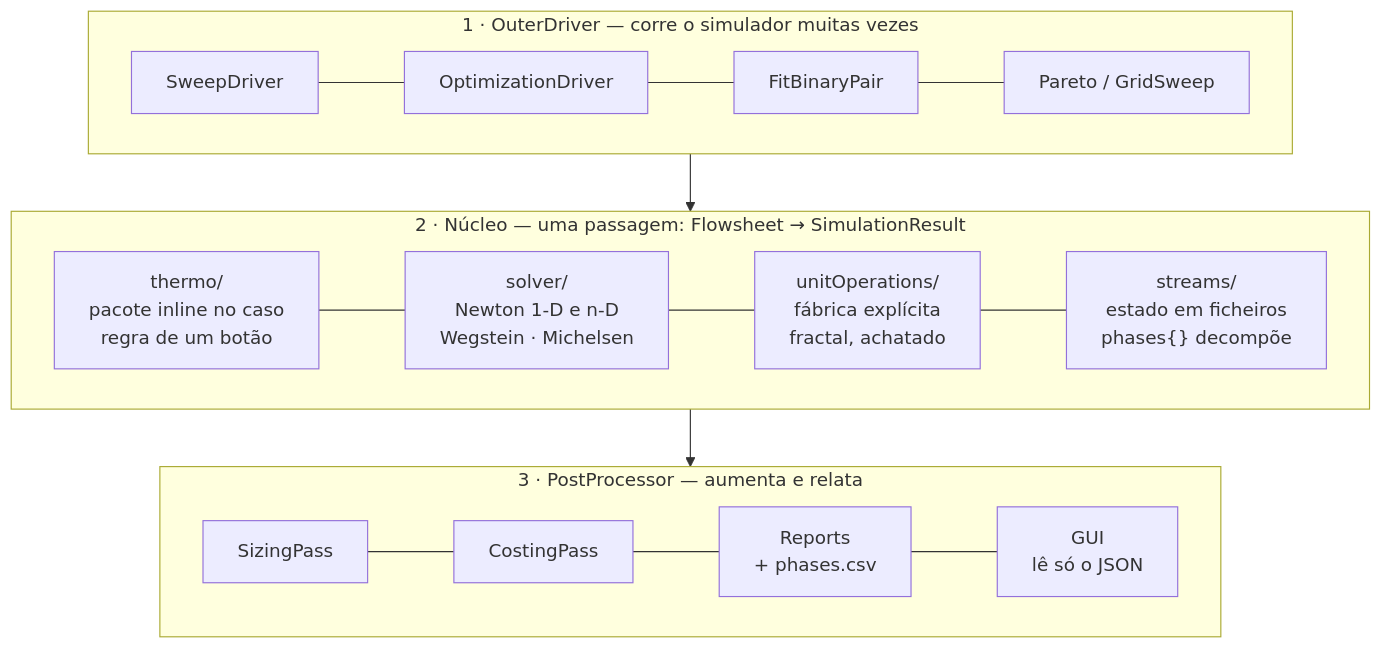
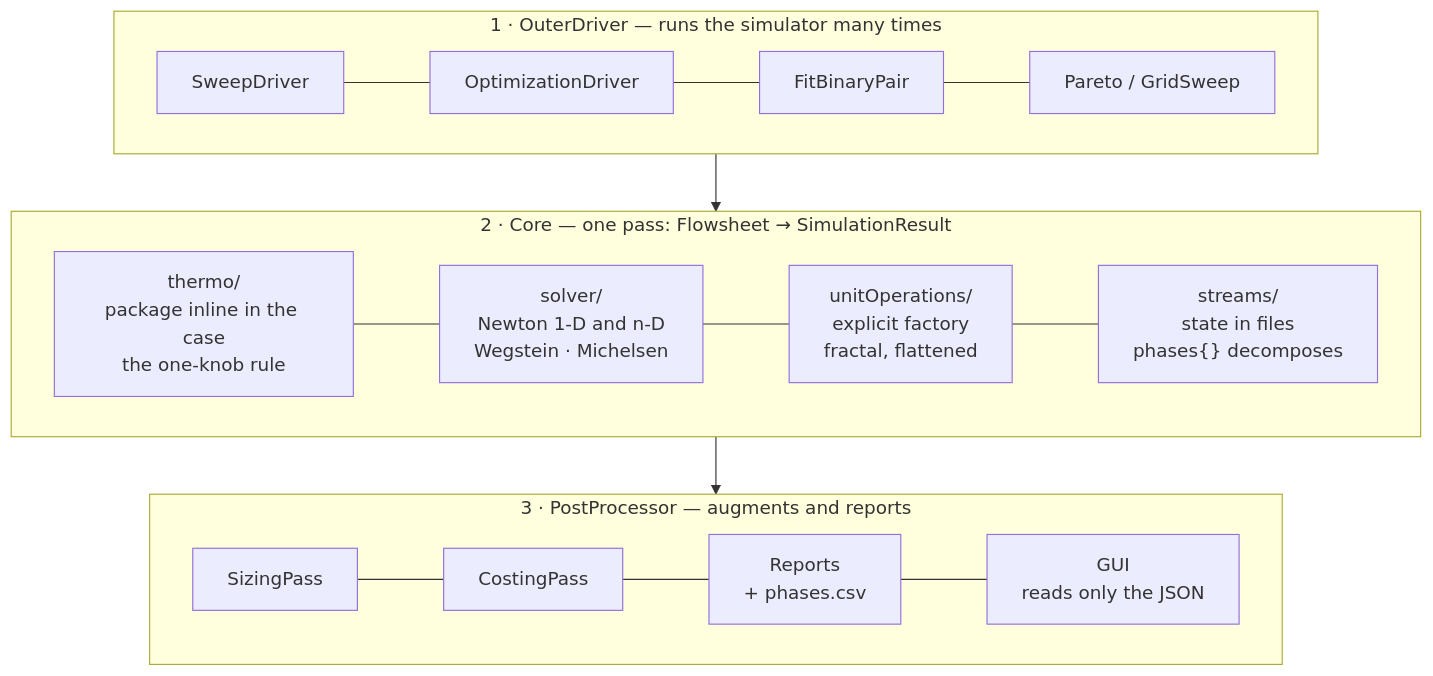
Before and after one commit to choupo-admin/choupo: the diagram in docs/architecture/consolidation-map.md, drawn with Mermaid. The commit also changed other lines of this file and 15 other files, not shown here.

````diff
--- a/docs/architecture/consolidation-map.md
+++ b/docs/architecture/consolidation-map.md
@@ -23,23 +23,23 @@
 ```mermaid
 flowchart TB
-    subgraph OD["1 · OuterDriver — corre o simulador muitas vezes"]
+    subgraph OD["1 · OuterDriver — runs the simulator many times"]
         direction LR
         SW[SweepDriver] --- OP[OptimizationDriver] --- FB[FitBinaryPair] --- PA[Pareto / GridSweep]
     end
 
-    subgraph CORE["2 · Núcleo — uma passagem: Flowsheet → SimulationResult"]
+    subgraph CORE["2 · Core — one pass: Flowsheet → SimulationResult"]
         direction LR
-        TH["thermo/<br/>pacote inline no caso<br/>regra de um botão"]
-        SO["solver/<br/>Newton 1-D e n-D<br/>Wegstein · Michelsen"]
-        UO["unitOperations/<br/>fábrica explícita<br/>fractal, achatado"]
-        ST["streams/<br/>estado em ficheiros<br/>phases{} decompõe"]
+        TH["thermo/<br/>package inline in the case<br/>the one-knob rule"]
+        SO["solver/<br/>Newton 1-D and n-D<br/>Wegstein · Michelsen"]
+        UO["unitOperations/<br/>explicit factory<br/>fractal, flattened"]
+        ST["streams/<br/>state in files<br/>phases{} decomposes"]
         TH --- SO --- UO --- ST
     end
 
-    subgraph PP["3 · PostProcessor — aumenta e relata"]
+    subgraph PP["3 · PostProcessor — augments and reports"]
         direction LR
-        SZ[SizingPass] --- CO[CostingPass] --- RP["Reports<br/>+ phases.csv"] --- GU["GUI<br/>lê só o JSON"]
+        SZ[SizingPass] --- CO[CostingPass] --- RP["Reports<br/>+ phases.csv"] --- GU["GUI<br/>reads only the JSON"]
     end
 
     OD --> CORE --> PP
 ```
````
